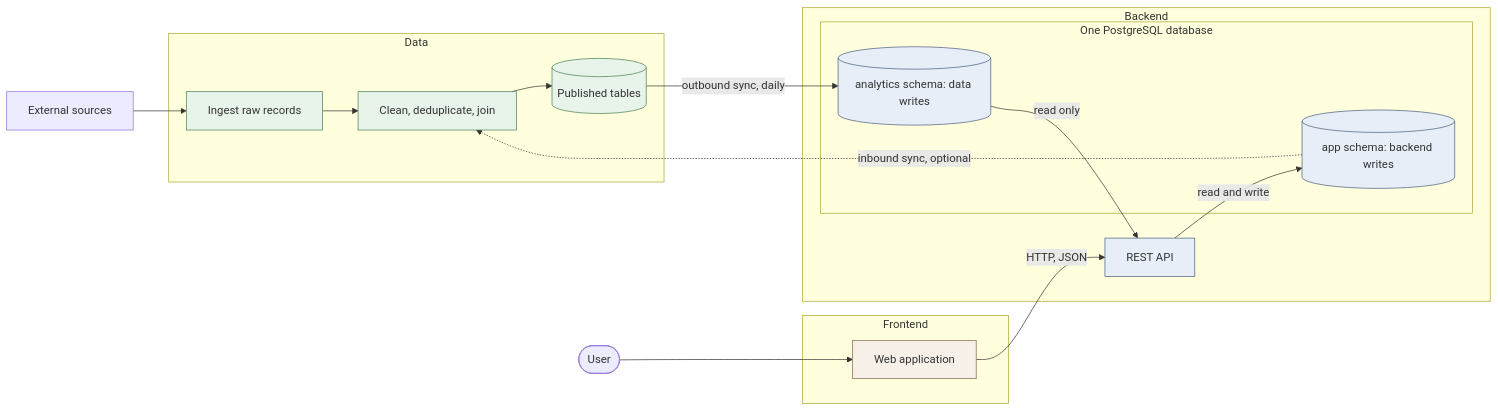
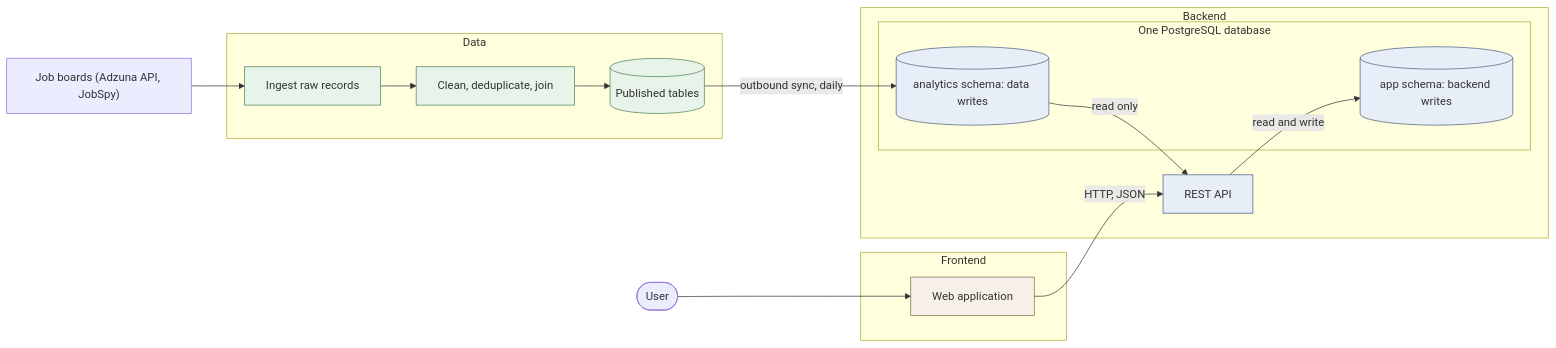
One commit to HackYourFutureProjects/c55-final-project-group-B changed the diagram in README.md. Above: the diagram before and after it, drawn with Mermaid. The commit also changed other lines of this file and 4 other files, not shown here.

````diff
--- a/README.md
+++ b/README.md
@@ -67,38 +74,37 @@
 ```mermaid
 flowchart LR
-    EXT["External sources"]
+    EXT["Job boards (Adzuna API, JobSpy)"]
 
     subgraph de["Data"]
         ING["Ingest raw records"]
         MODEL["Clean, deduplicate, join"]
         MART[("Published tables")]
     end
 
     subgraph be["Backend"]
         API["REST API"]
         subgraph db["One PostgreSQL database"]
             ANA[("analytics schema: data writes")]
             APP[("app schema: backend writes")]
             ANA ~~~ APP
         end
     end
 
     subgraph fe["Frontend"]
         UI["Web application"]
     end
 
     EXT --> ING --> MODEL --> MART
     MART -->|"outbound sync, daily"| ANA
     ANA -->|"read only"| API
     API -->|"read and write"| APP
     UI -->|"HTTP, JSON"| API
     User([User]) --> UI
-    APP -.->|"inbound sync, optional"| MODEL
 
     classDef d fill:#e8f4ea,stroke:#4a8055
     classDef b fill:#e8eef7,stroke:#4a6080
     classDef f fill:#f7f0e8,stroke:#806a4a
     class ING,MODEL,MART d
     class ANA,APP,API b
     class UI f
 ```
````
